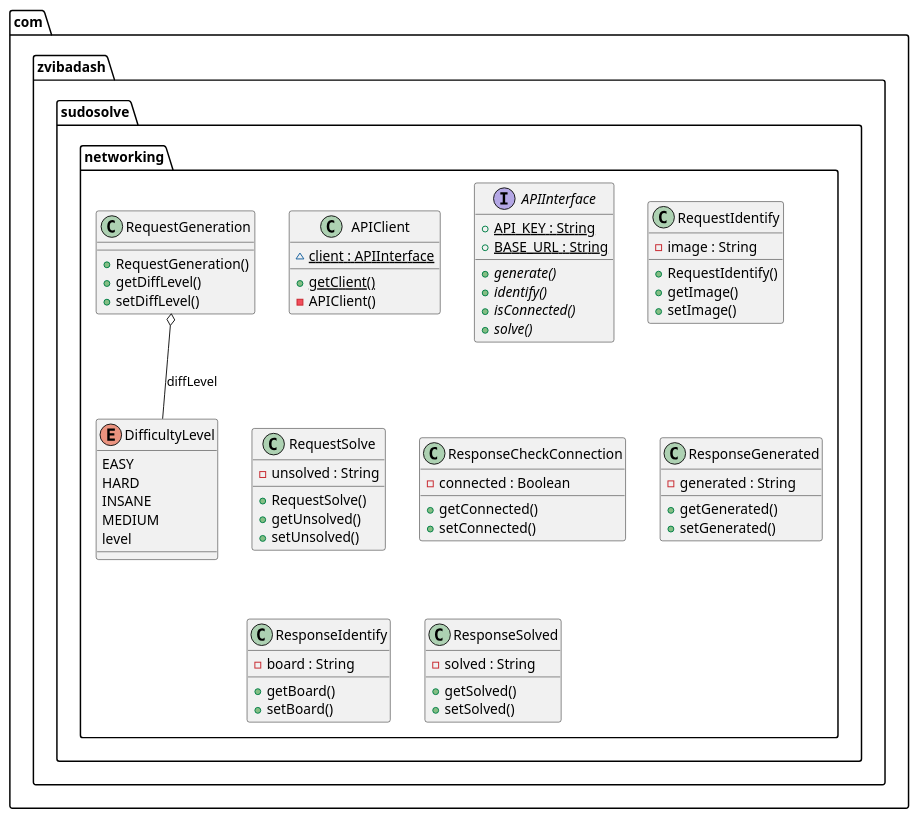
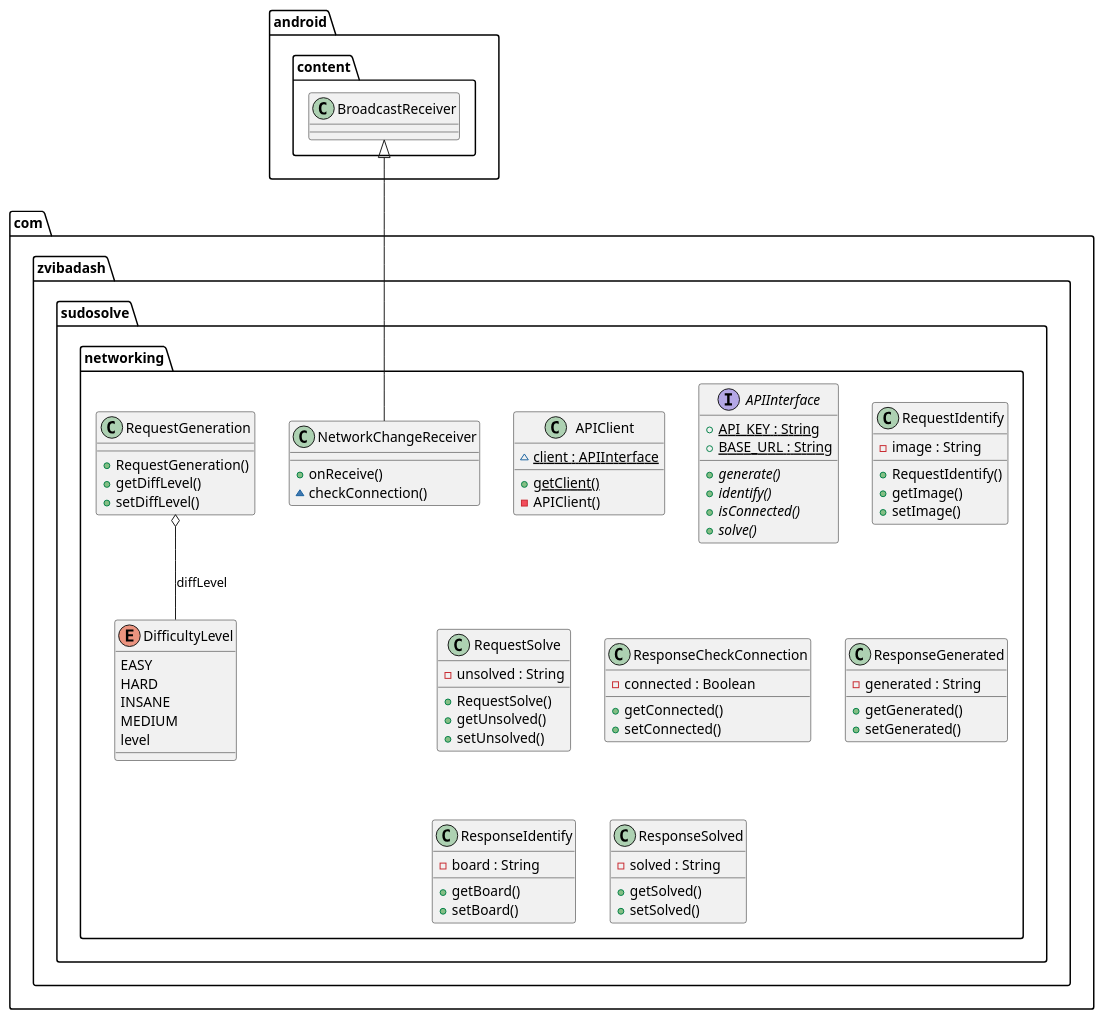
Before and after one commit to Zvi-Badash/Sudo-Solve: the diagram in app/src/main/java/com/zvibadash/sudosolve/networking/networking.plantuml, drawn with PlantUML. The commit also changed 10 other files, not shown here.

```diff
--- a/app/src/main/java/com/zvibadash/sudosolve/networking/networking.plantuml
+++ b/app/src/main/java/com/zvibadash/sudosolve/networking/networking.plantuml
@@ -1,121 +1,131 @@
 @startuml
   namespace com.zvibadash.sudosolve {
     namespace networking {
       class com.zvibadash.sudosolve.networking.APIClient {
           {static} ~ client : APIInterface
           {static} + getClient()
           - APIClient()
       }
     }
   }
   
 
   namespace com.zvibadash.sudosolve {
     namespace networking {
       interface com.zvibadash.sudosolve.networking.APIInterface {
           {static} + API_KEY : String
           {static} + BASE_URL : String
           {abstract} + generate()
           {abstract} + identify()
           {abstract} + isConnected()
           {abstract} + solve()
       }
     }
   }
   
 
   namespace com.zvibadash.sudosolve {
     namespace networking {
       enum DifficultyLevel {
         EASY
         HARD
         INSANE
         MEDIUM
         level
+      }
+    }
+  }
+  
+
+  namespace com.zvibadash.sudosolve {
+    namespace networking {
+      class com.zvibadash.sudosolve.networking.NetworkChangeReceiver {
+          + onReceive()
+          ~ checkConnection()
       }
     }
   }
   
 
   namespace com.zvibadash.sudosolve {
     namespace networking {
       class com.zvibadash.sudosolve.networking.RequestGeneration {
           + RequestGeneration()
           + getDiffLevel()
           + setDiffLevel()
       }
     }
   }
   
 
   namespace com.zvibadash.sudosolve {
     namespace networking {
       class com.zvibadash.sudosolve.networking.RequestIdentify {
           - image : String
           + RequestIdentify()
           + getImage()
           + setImage()
       }
     }
   }
   
 
   namespace com.zvibadash.sudosolve {
     namespace networking {
       class com.zvibadash.sudosolve.networking.RequestSolve {
           - unsolved : String
           + RequestSolve()
           + getUnsolved()
           + setUnsolved()
       }
     }
   }
   
 
   namespace com.zvibadash.sudosolve {
     namespace networking {
       class com.zvibadash.sudosolve.networking.ResponseCheckConnection {
           - connected : Boolean
           + getConnected()
           + setConnected()
       }
     }
   }
   
 
   namespace com.zvibadash.sudosolve {
     namespace networking {
       class com.zvibadash.sudosolve.networking.ResponseGenerated {
           - generated : String
           + getGenerated()
           + setGenerated()
       }
     }
   }
   
 
   namespace com.zvibadash.sudosolve {
     namespace networking {
       class com.zvibadash.sudosolve.networking.ResponseIdentify {
           - board : String
           + getBoard()
           + setBoard()
       }
     }
   }
   
 
   namespace com.zvibadash.sudosolve {
     namespace networking {
       class com.zvibadash.sudosolve.networking.ResponseSolved {
           - solved : String
           + getSolved()
           + setSolved()
       }
     }
   }
   
 
+  com.zvibadash.sudosolve.networking.NetworkChangeReceiver -up-|> android.content.BroadcastReceiver
   com.zvibadash.sudosolve.networking.RequestGeneration o-- com.zvibadash.sudosolve.networking.DifficultyLevel : diffLevel
-
 @enduml
```
